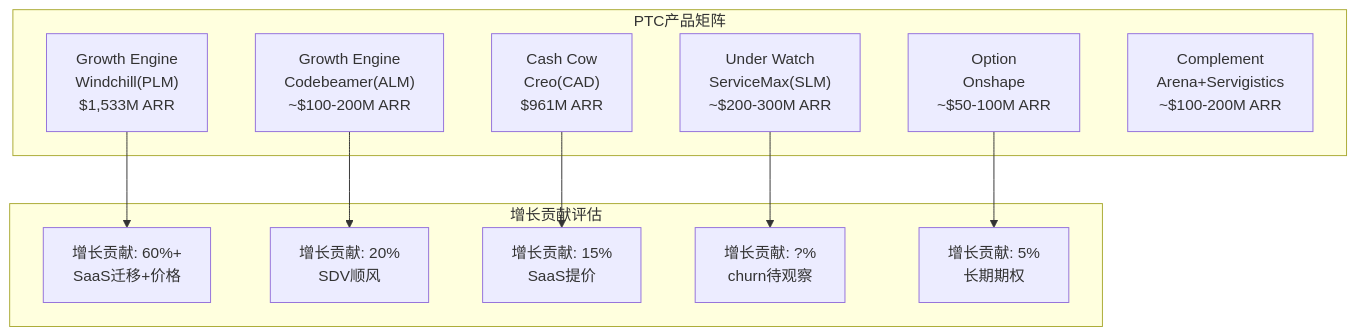
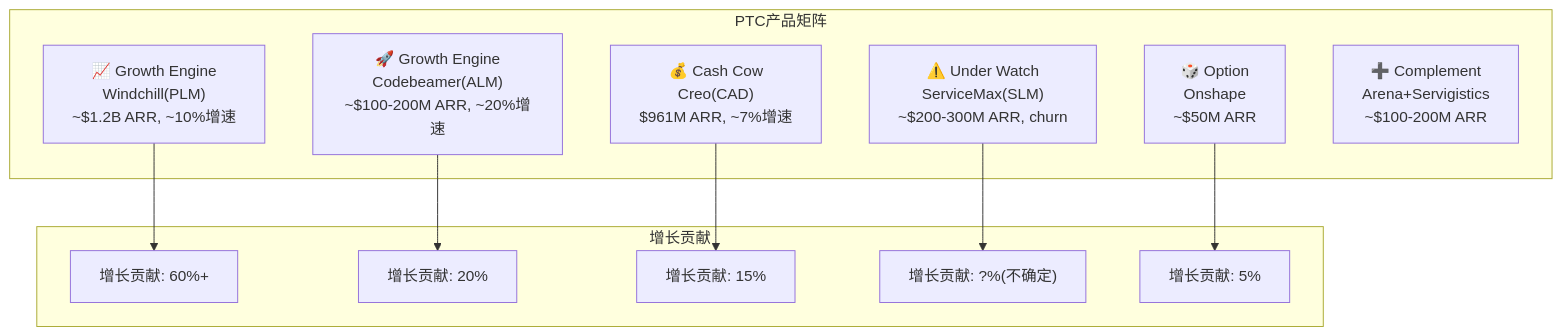
Before and after one commit to miltonnewyork25-afk/investment-master: the third of 3 diagrams in reports/PTC/staging/phase1_part2.md, drawn with Mermaid. The commit also changed other lines of this file and 2 other files, not shown here.

````diff
--- a/reports/PTC/staging/phase1_part2.md
+++ b/reports/PTC/staging/phase1_part2.md
@@ -418,19 +504,19 @@
 ```mermaid
 graph TB
     subgraph "PTC产品矩阵"
-        A["Cash Cow<br>Creo(CAD)<br>$961M ARR"]
-        B["Growth Engine<br>Windchill(PLM)<br>$1,533M ARR"]
-        C["Growth Engine<br>Codebeamer(ALM)<br>~$100-200M ARR"]
-        D["Under Watch<br>ServiceMax(SLM)<br>~$200-300M ARR"]
-        E["Option<br>Onshape<br>~$50-100M ARR"]
-        F["Complement<br>Arena+Servigistics<br>~$100-200M ARR"]
+        A["💰 Cash Cow<br>Creo(CAD)<br>$961M ARR, ~7%增速"]
+        B["📈 Growth Engine<br>Windchill(PLM)<br>~$1.2B ARR, ~10%增速"]
+        C["🚀 Growth Engine<br>Codebeamer(ALM)<br>~$100-200M ARR, ~20%增速"]
+        D["⚠️ Under Watch<br>ServiceMax(SLM)<br>~$200-300M ARR, churn"]
+        E["🎲 Option<br>Onshape<br>~$50M ARR"]
+        F["➕ Complement<br>Arena+Servigistics<br>~$100-200M ARR"]
     end
 
-    subgraph "增长贡献评估"
-        B --> G["增长贡献: 60%+<br>SaaS迁移+价格"]
-        C --> H["增长贡献: 20%<br>SDV顺风"]
-        A --> I["增长贡献: 15%<br>SaaS提价"]
-        D --> J["增长贡献: ?%<br>churn待观察"]
-        E --> K["增长贡献: 5%<br>长期期权"]
+    subgraph "增长贡献"
+        B --> G["增长贡献: 60%+"]
+        C --> H["增长贡献: 20%"]
+        A --> I["增长贡献: 15%"]
+        D --> J["增长贡献: ?%(不确定)"]
+        E --> K["增长贡献: 5%"]
     end
 ```
````
